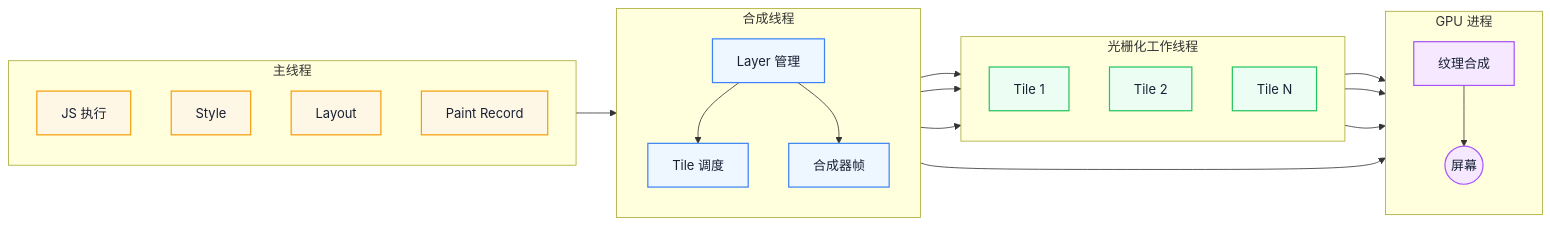
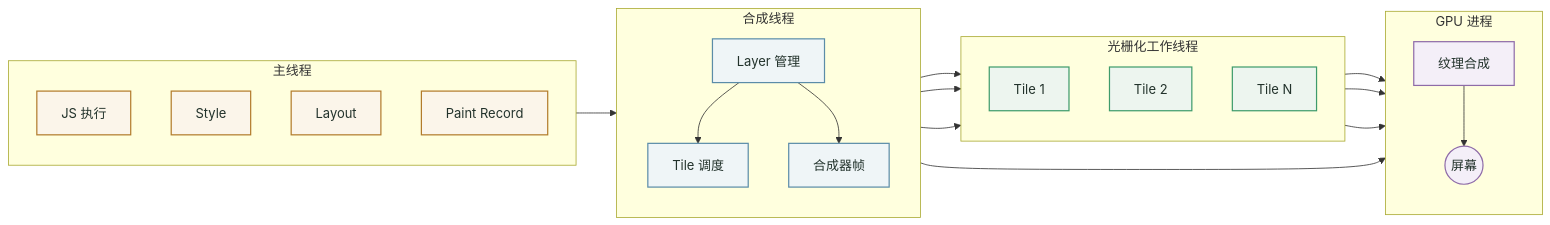
Before and after one commit to Fatejian/frontier-vault: the second of 3 diagrams in docs/browser/painting-rasterization.md, drawn with Mermaid. The commit also changed other lines of this file and 63 other files, not shown here.

````diff
--- a/docs/browser/painting-rasterization.md
+++ b/docs/browser/painting-rasterization.md
@@ -291,50 +291,50 @@
 ```mermaid
 flowchart LR
     subgraph Main[主线程]
         direction TB
         M1[JS 执行]
         M2[Style]
         M3[Layout]
         M4[Paint Record]
     end
 
     subgraph Compositor[合成线程]
         direction TB
         C1[Layer 管理]
         C2[Tile 调度]
         C3[合成器帧]
     end
 
     subgraph Workers[光栅化工作线程]
         direction TB
         W1[Tile 1]
         W2[Tile 2]
         W3[Tile N]
     end
 
     subgraph GPUProc[GPU 进程]
         direction TB
         G1[纹理合成]
         G2((屏幕))
     end
 
     M4 --> C1
     C1 --> C2 --> W1
     C2 --> W2
     C2 --> W3
     W1 --> G1
     W2 --> G1
     W3 --> G1
     C1 --> C3 --> G1
     G1 --> G2
 
-    classDef block fill:#FFF7E6,stroke:#F59E0B,color:#172033,stroke-width:1.5px;
-    classDef wait fill:#EEF6FF,stroke:#3B82F6,color:#172033,stroke-width:1.5px;
-    classDef work fill:#ECFDF3,stroke:#22C55E,color:#172033,stroke-width:1.5px;
-    classDef metric fill:#F5E8FF,stroke:#A855F7,color:#172033,stroke-width:1.5px;
+    classDef block fill:#FBF5EA,stroke:#B27B2C,color:#22322B,stroke-width:1.5px;
+    classDef wait fill:#EFF5F7,stroke:#5B8CA8,color:#22322B,stroke-width:1.5px;
+    classDef work fill:#EDF5EF,stroke:#3E9B6B,color:#22322B,stroke-width:1.5px;
+    classDef metric fill:#F4EFF8,stroke:#8E6BA8,color:#22322B,stroke-width:1.5px;
 
     class M1,M2,M3,M4 block;
     class C1,C2,C3 wait;
     class W1,W2,W3 work;
     class G1,G2 metric;
 ```
````
